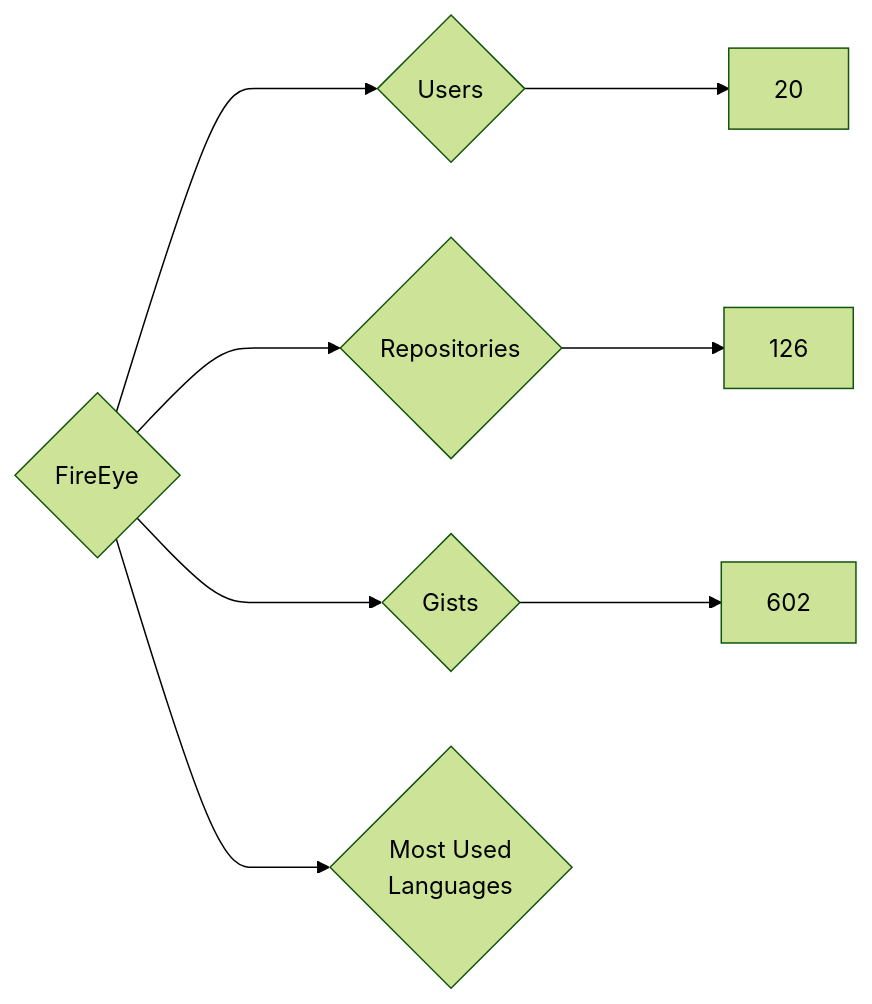
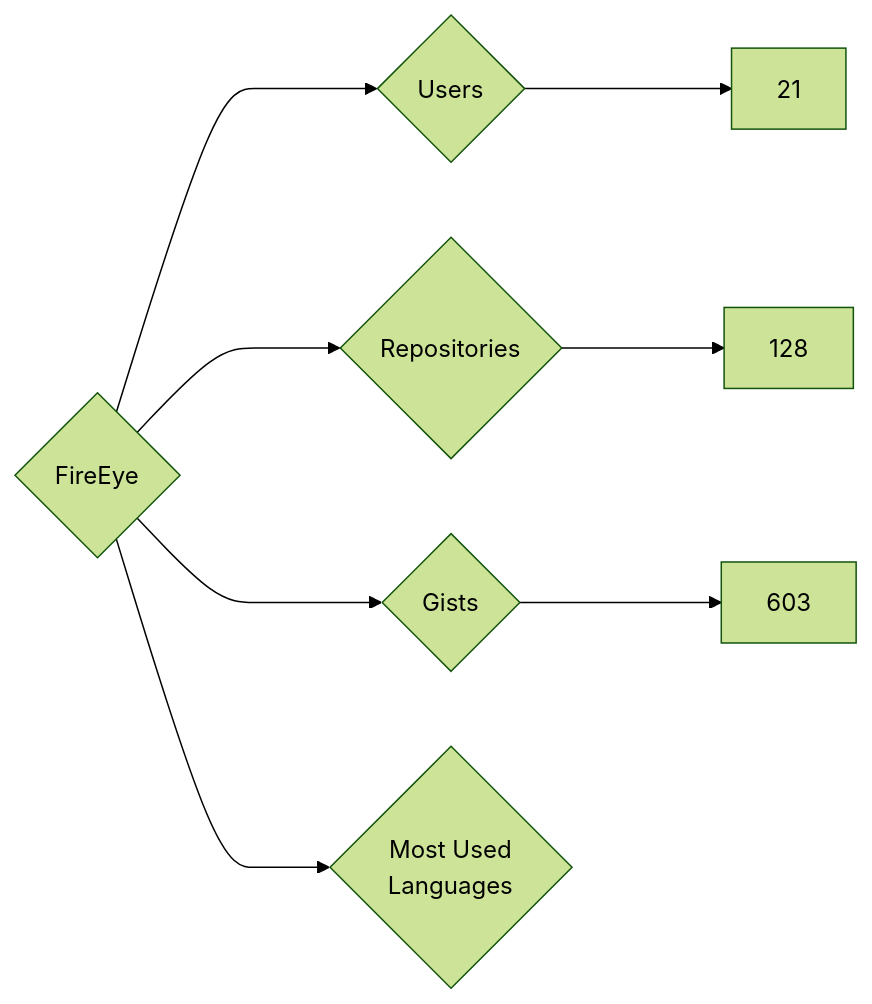
One commit to nenadzaric/insiders changed the diagram in targets/FireEye/README.md. Above: the diagram before and after it, drawn with Mermaid (forest theme). The commit also changed 1342 other files, not shown here.

````diff
--- a/targets/FireEye/README.md
+++ b/targets/FireEye/README.md
@@ -3,8 +3,8 @@
 ```mermaid
 graph LR
 COMPANY_NAME{FireEye}
-COMPANY_NAME ---> U{Users} ---> UN[20]
-COMPANY_NAME ---> R{Repositories} ---> RN[126]
-COMPANY_NAME ---> G{Gists} ---> GN[602]
+COMPANY_NAME ---> U{Users} ---> UN[21]
+COMPANY_NAME ---> R{Repositories} ---> RN[128]
+COMPANY_NAME ---> G{Gists} ---> GN[603]
 COMPANY_NAME ---> ML{Most Used<br>Languages}
 ```
````
